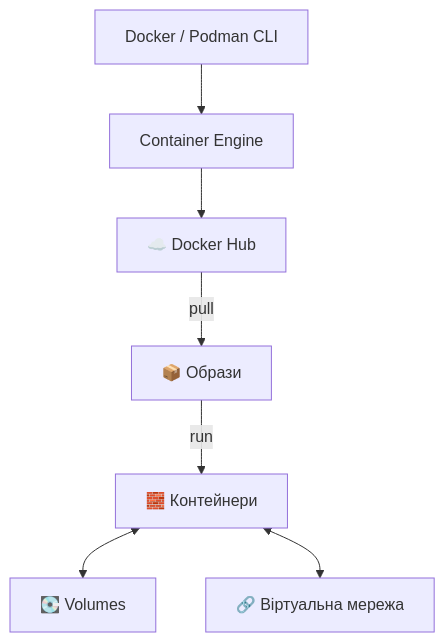
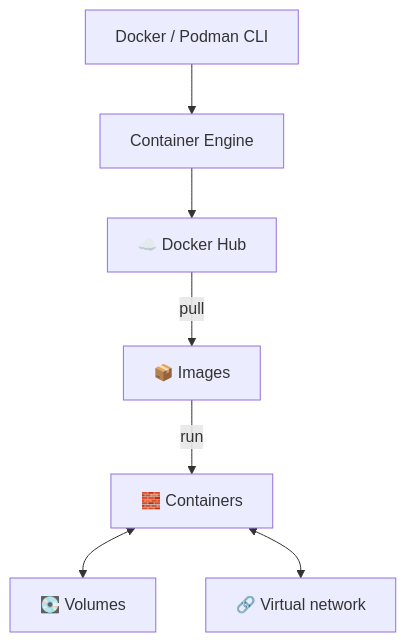
One commit to andriyevski/python-learning-portfolio changed the tenth of 13 diagrams in commands.md. Above: the diagram before and after it, drawn with Mermaid. The commit also changed other lines of this file and 3 other files, not shown here.

````diff
--- a/commands.md
+++ b/commands.md
@@ -527,9 +534,9 @@
 ```mermaid
 graph TD
     CLI["Docker / Podman CLI"] --> E["Container Engine"]
     E --> REG["☁️ Docker Hub"]
-    REG -- pull --> IMG["📦 Образи"]
-    IMG -- run --> CT["🧱 Контейнери"]
+    REG -- pull --> IMG["📦 Images"]
+    IMG -- run --> CT["🧱 Containers"]
     CT <--> V["💽 Volumes"]
-    CT <--> NET["🔗 Віртуальна мережа"]
+    CT <--> NET["🔗 Virtual network"]
 ```
````
